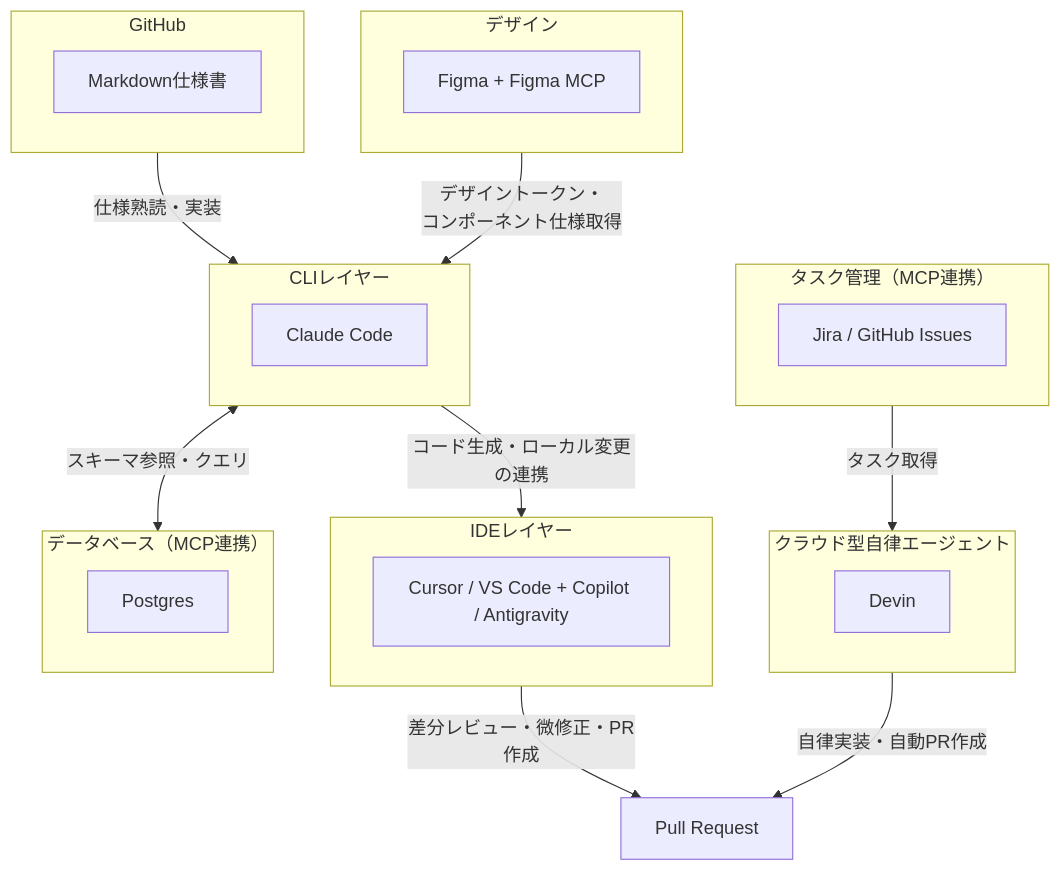
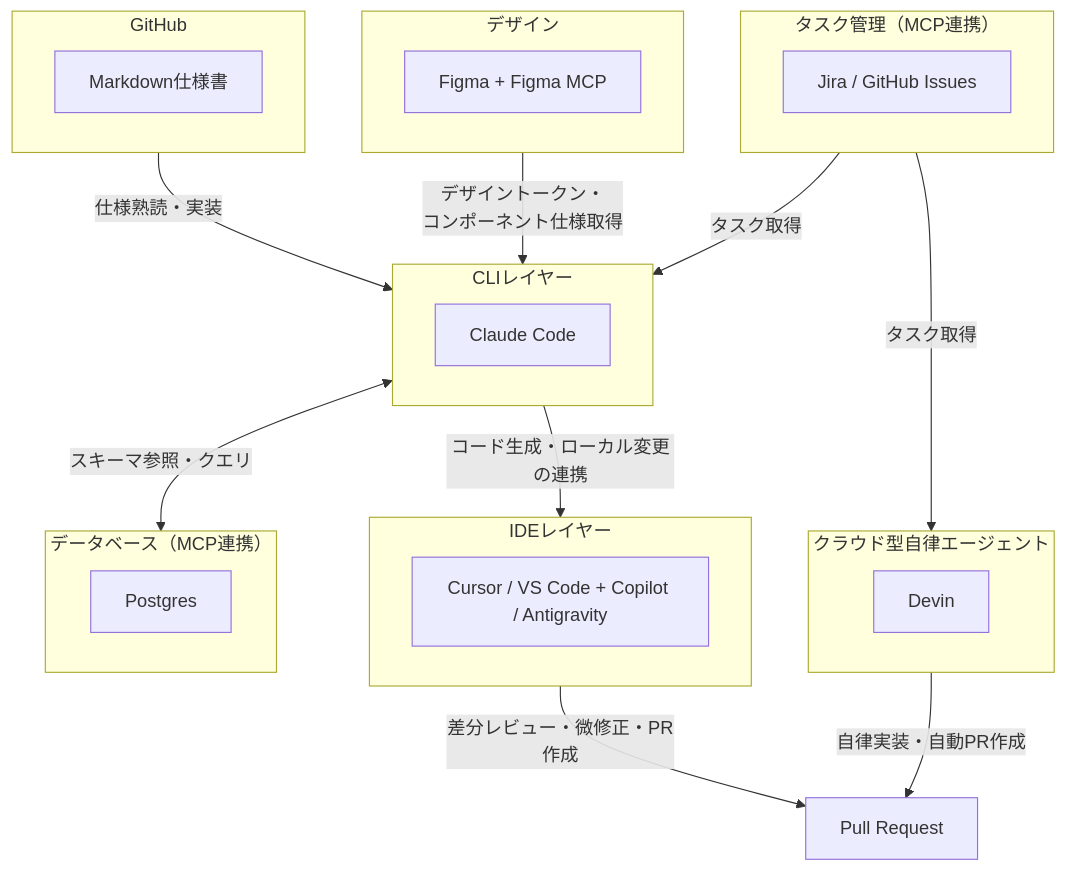
Diagram 15 of 44 in AI駆動開発.md (takuma39/ai), drawn with Mermaid before and after one commit.

Commit message:
update: AI駆動開発.mdを更新

````diff
--- a/AI駆動開発.md
+++ b/AI駆動開発.md
@@ -512,40 +512,41 @@
 ```mermaid
 graph TD
     subgraph github["GitHub"]
         MD["Markdown仕様書"]
     end
 
     subgraph figma_ui["デザイン"]
         Figma["Figma + Figma MCP"]
     end
 
     subgraph cli["CLIレイヤー"]
         CC["Claude Code"]
     end
 
     subgraph ide["IDEレイヤー"]
         Cursor["Cursor / VS Code + Copilot / Antigravity"]
     end
 
     subgraph saas_agent["クラウド型自律エージェント"]
         Devin["Devin"]
     end
 
     subgraph database["データベース（MCP連携）"]
         DB["Postgres"]
     end
 
     subgraph tasks["タスク管理（MCP連携）"]
         Jira["Jira / GitHub Issues"]
     end
 
     PR["Pull Request"]
 
     github -->|"仕様熟読・実装"| cli
     figma_ui -->|"デザイントークン・<br/>コンポーネント仕様取得"| cli
+    tasks -->|"タスク取得"| cli
     cli <-->|"スキーマ参照・クエリ"| database
     cli -->|"コード生成・ローカル変更の連携"| ide
     ide -->|"差分レビュー・微修正・PR作成"| PR
     tasks -->|"タスク取得"| saas_agent
     saas_agent -->|"自律実装・自動PR作成"| PR
 ```
````
